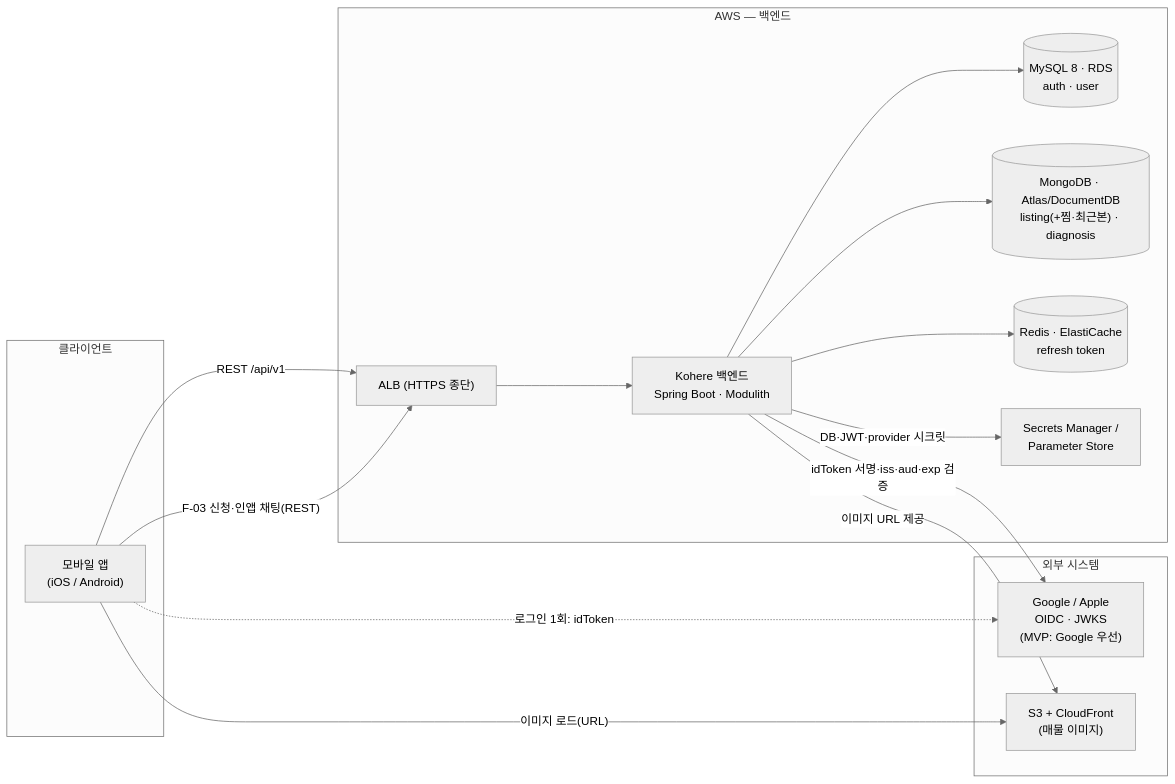
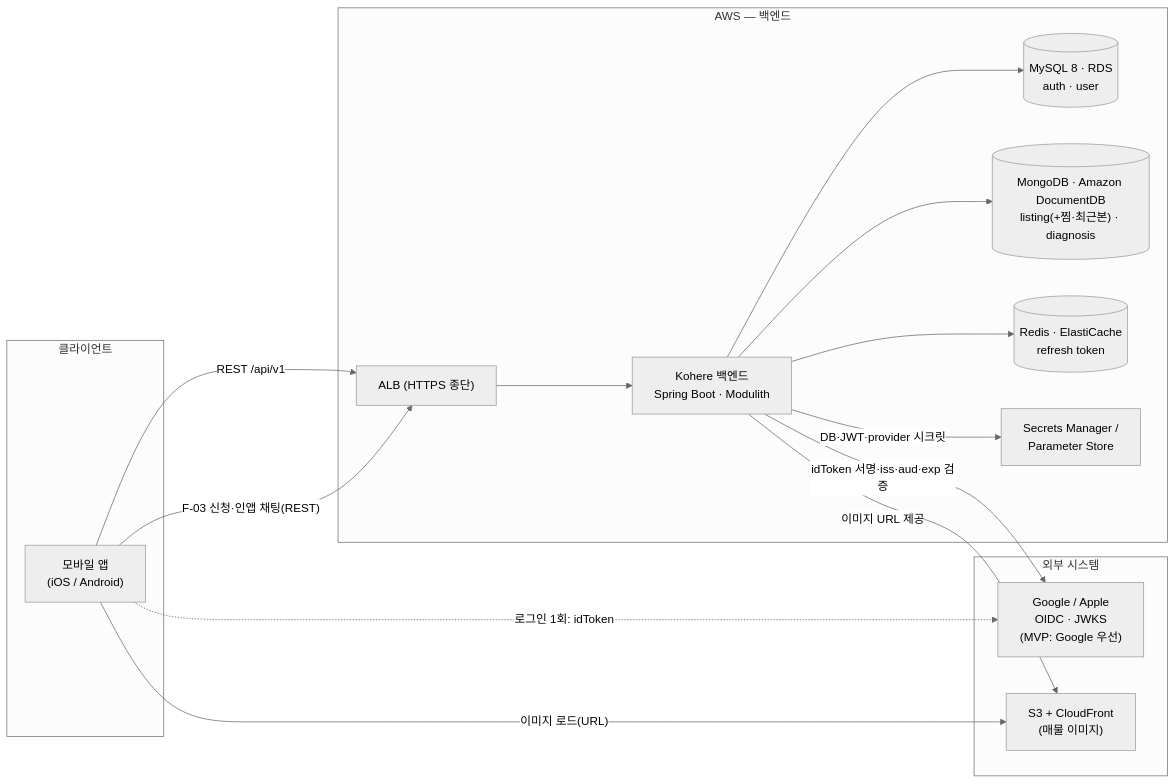
The first of 4 diagrams in docs/architecture/system-overview.md (jameskim9509/Kohere-backend), drawn with Mermaid (neutral theme) before and after one commit. The commit also changed other lines of this file and 1 other file, not shown here.

First line of the commit message:
docs(architecture): MongoDB 백엔드 Amazon DocumentDB 확정 반영

````diff
--- a/docs/architecture/system-overview.md
+++ b/docs/architecture/system-overview.md
@@ -29,32 +29,32 @@
 ```mermaid
 flowchart LR
     subgraph Client["클라이언트"]
       APP["모바일 앱<br/>(iOS / Android)"]
     end
 
     subgraph External["외부 시스템"]
       OIDC["Google / Apple<br/>OIDC · JWKS<br/>(MVP: Google 우선)"]
       CDN["S3 + CloudFront<br/>(매물 이미지)"]
     end
 
     subgraph Cloud["AWS — 백엔드"]
       ALB["ALB (HTTPS 종단)"]
       SRV["Kohere 백엔드<br/>Spring Boot · Modulith"]
       MYSQL[("MySQL 8 · RDS<br/>auth · user")]
-      MONGO[("MongoDB · Atlas/DocumentDB<br/>listing(+찜·최근본) · diagnosis")]
+      MONGO[("MongoDB · Amazon DocumentDB<br/>listing(+찜·최근본) · diagnosis")]
       REDIS[("Redis · ElastiCache<br/>refresh token")]
       SECRET["Secrets Manager /<br/>Parameter Store"]
     end
 
     APP -- "REST /api/v1" --> ALB
     ALB --> SRV
     APP -. "로그인 1회: idToken" .-> OIDC
     SRV -- "idToken 서명·iss·aud·exp 검증" --> OIDC
     SRV --> MYSQL
     SRV --> MONGO
     SRV --> REDIS
     APP -- "F-03 신청·인앱 채팅(REST)" --> ALB
     APP -- "이미지 로드(URL)" --> CDN
     SRV -- "이미지 URL 제공" --> CDN
     SRV -- "DB·JWT·provider 시크릿" --> SECRET
 ```
````
